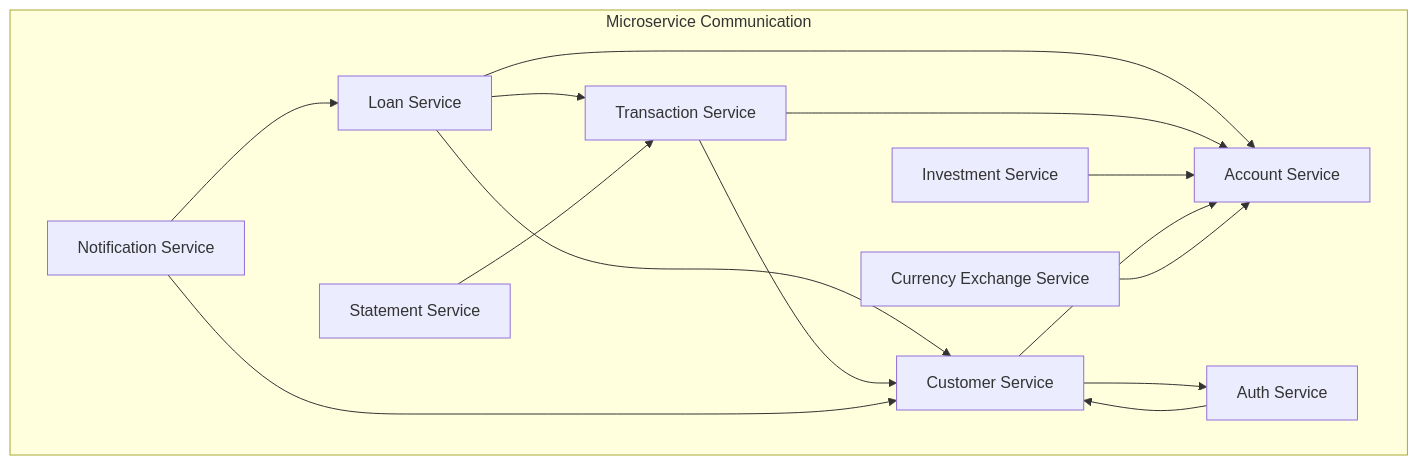
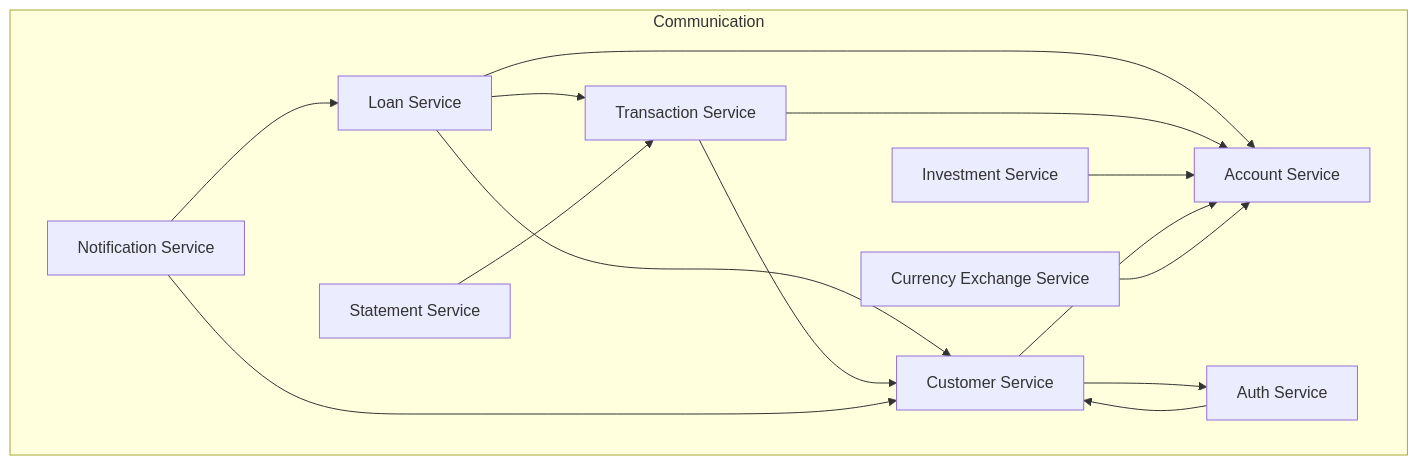
The second of 2 diagrams in README.md (itiro-y/CicarusBank), drawn with Mermaid before and after one commit.

Commit message:
Titulo alterado

````diff
--- a/README.md
+++ b/README.md
@@ -167,28 +167,28 @@
 ```mermaid
 graph TD
-    subgraph "Microservice Communication"
+    subgraph "Communication"
         loan_service[Loan Service]
         transaction_service[Transaction Service]
         customer_service[Customer Service]
         account_service[Account Service]
         auth_service[Auth Service]
         statement_service[Statement Service]
         notification_service[Notification Service]
         investment_service[Investment Service]
         currency_exchange_service[Currency Exchange Service]
     end
 
     loan_service --> transaction_service
     loan_service --> customer_service
     loan_service --> account_service
     transaction_service --> customer_service
     transaction_service --> account_service
     auth_service --> customer_service
     statement_service --> transaction_service
     notification_service --> loan_service
     notification_service --> customer_service
     investment_service --> account_service
     customer_service --> auth_service
     customer_service --> account_service
     currency_exchange_service --> account_service
 ```
````
